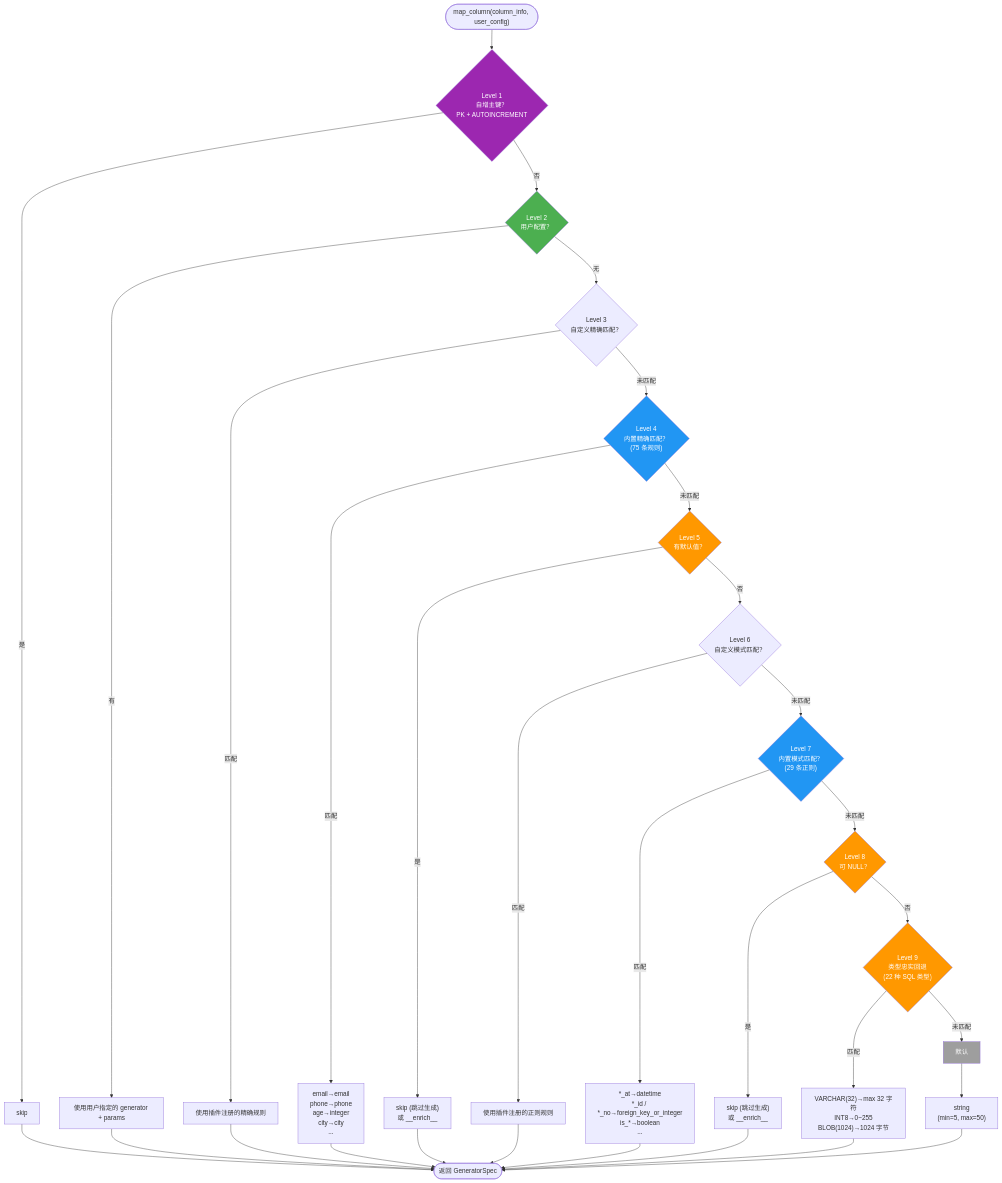
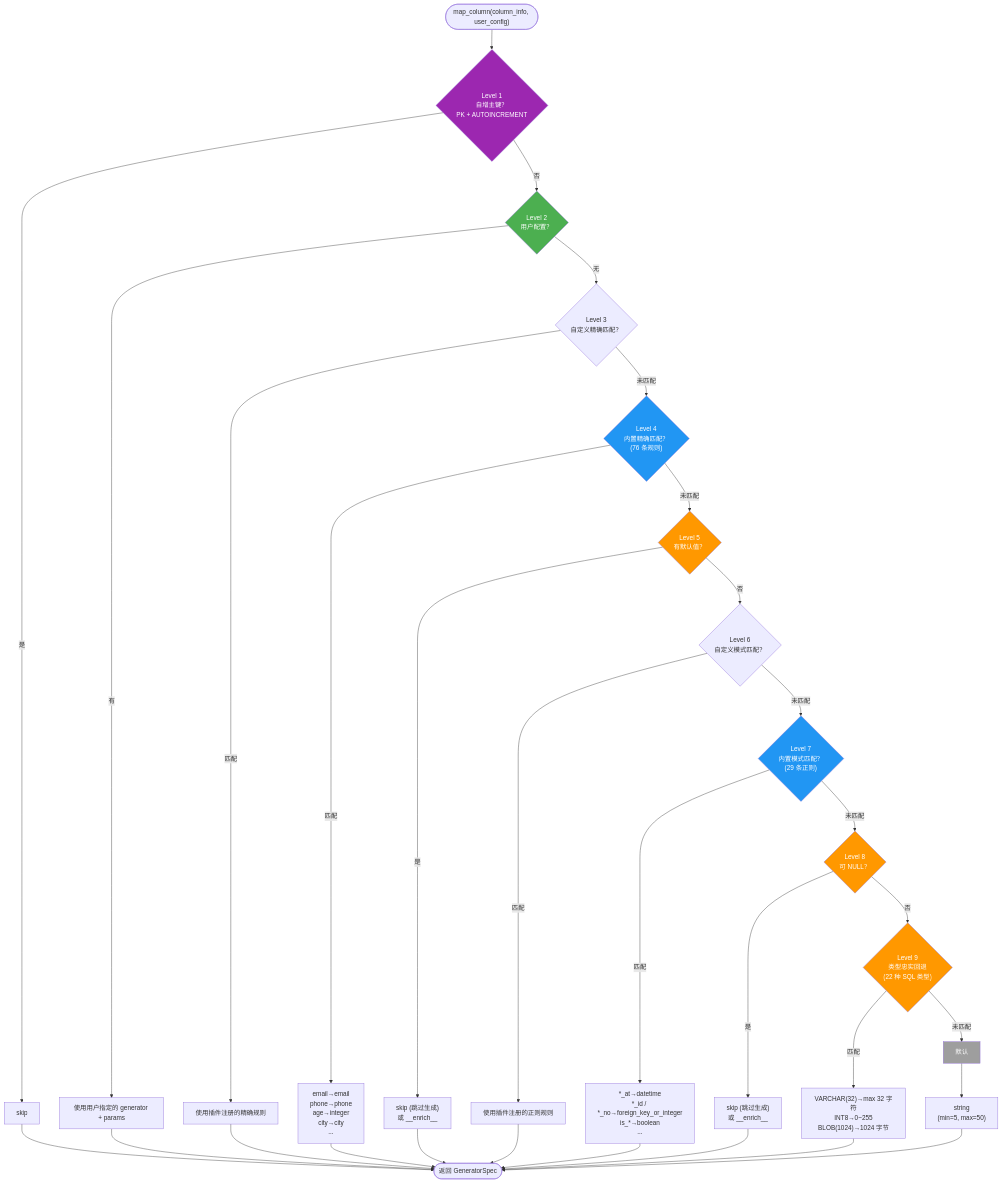
One commit to sunbos/sqlseed changed the third of 11 diagrams in docs/architecture.zh-CN.md. Above: the diagram before and after it, drawn with Mermaid. The commit also changed 25 other files, not shown here.

````diff
--- a/docs/architecture.zh-CN.md
+++ b/docs/architecture.zh-CN.md
@@ -209,53 +209,53 @@
 ```mermaid
 flowchart TD
     Start(["map_column(column_info, user_config)"]) --> L1
 
     L1{"Level 1<br/>自增主键？<br/>PK + AUTOINCREMENT"} -->|是| R1["skip"]
     L1 -->|否| L2
 
     L2{"Level 2<br/>用户配置？"} -->|有| R2["使用用户指定的 generator + params"]
     L2 -->|无| L3
 
     L3{"Level 3<br/>自定义精确匹配？"} -->|匹配| R3["使用插件注册的精确规则"]
     L3 -->|未匹配| L4
 
-    L4{"Level 4<br/>内置精确匹配？<br/>(<!-- BEGIN:AUTO-GENERATED:exact-match-rule-count -->75<!-- END:AUTO-GENERATED:exact-match-rule-count --> 条规则)"} -->|匹配| R4["email→email<br/>phone→phone<br/>age→integer<br/>city→city<br/>..."]
+    L4{"Level 4<br/>内置精确匹配？<br/>(<!-- BEGIN:AUTO-GENERATED:exact-match-rule-count -->76<!-- END:AUTO-GENERATED:exact-match-rule-count --> 条规则)"} -->|匹配| R4["email→email<br/>phone→phone<br/>age→integer<br/>city→city<br/>..."]
     L4 -->|未匹配| L5
 
     L5{"Level 5<br/>有默认值？"} -->|是| R5["skip (跳过生成)<br/>或 __enrich__"]
     L5 -->|否| L6
 
     L6{"Level 6<br/>自定义模式匹配？"} -->|匹配| R6["使用插件注册的正则规则"]
     L6 -->|未匹配| L7
 
     L7{"Level 7<br/>内置模式匹配？<br/>(<!-- BEGIN:AUTO-GENERATED:pattern-match-rule-count -->29<!-- END:AUTO-GENERATED:pattern-match-rule-count --> 条正则)"} -->|匹配| R7["*_at→datetime<br/>*_id / *_no→foreign_key_or_integer<br/>is_*→boolean<br/>..."]
     L7 -->|未匹配| L8
 
     L8{"Level 8<br/>可 NULL？"} -->|是| R8["skip (跳过生成)<br/>或 __enrich__"]
     L8 -->|否| L9
 
     L9{"Level 9<br/>类型忠实回退<br/>(22 种 SQL 类型)"} -->|匹配| R9["VARCHAR(32)→max 32 字符<br/>INT8→0~255<br/>BLOB(1024)→1024 字节"]
     L9 -->|未匹配| L10
 
     L10["默认"] --> R10["string<br/>(min=5, max=50)"]
 
     R1 --> Done(["返回 GeneratorSpec"])
     R2 --> Done
     R3 --> Done
     R4 --> Done
     R5 --> Done
     R6 --> Done
     R7 --> Done
     R8 --> Done
     R9 --> Done
     R10 --> Done
 
     style L1 fill:#9C27B0,color:#fff
     style L2 fill:#4CAF50,color:#fff
     style L4 fill:#2196F3,color:#fff
     style L5 fill:#FF9800,color:#fff
     style L7 fill:#2196F3,color:#fff
     style L8 fill:#FF9800,color:#fff
     style L9 fill:#FF9800,color:#fff
     style L10 fill:#9E9E9E,color:#fff
 ```
````
